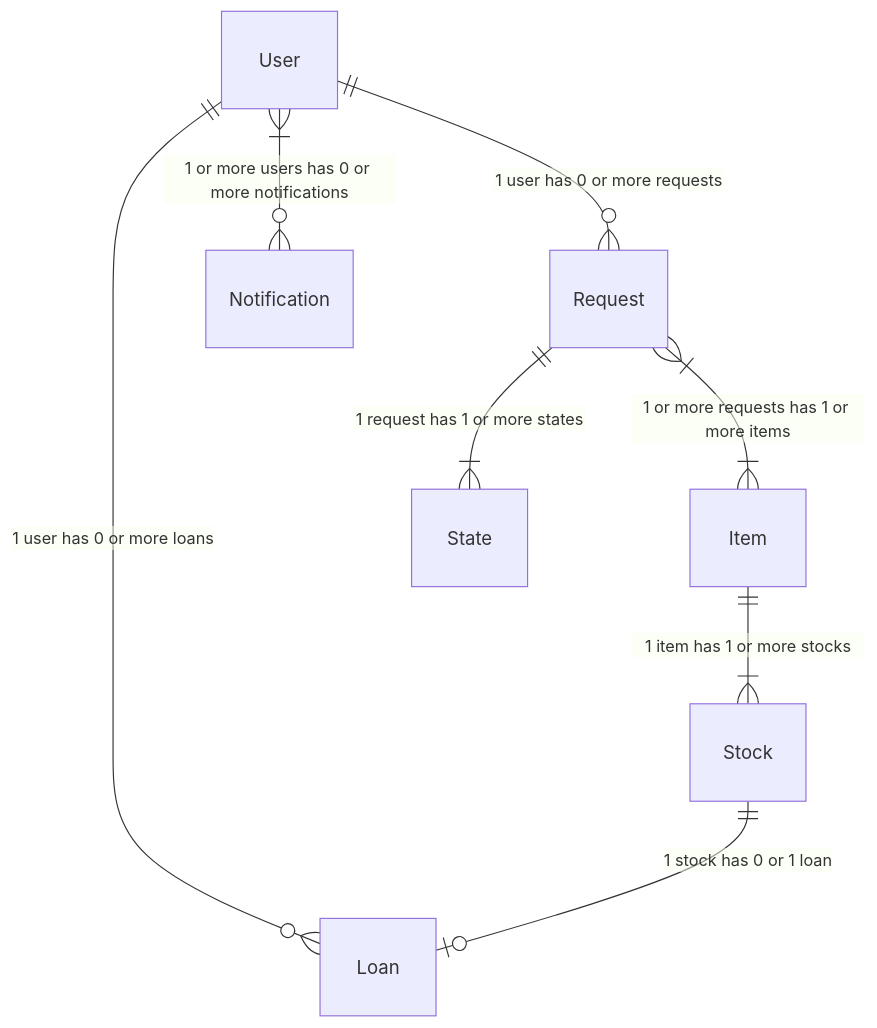
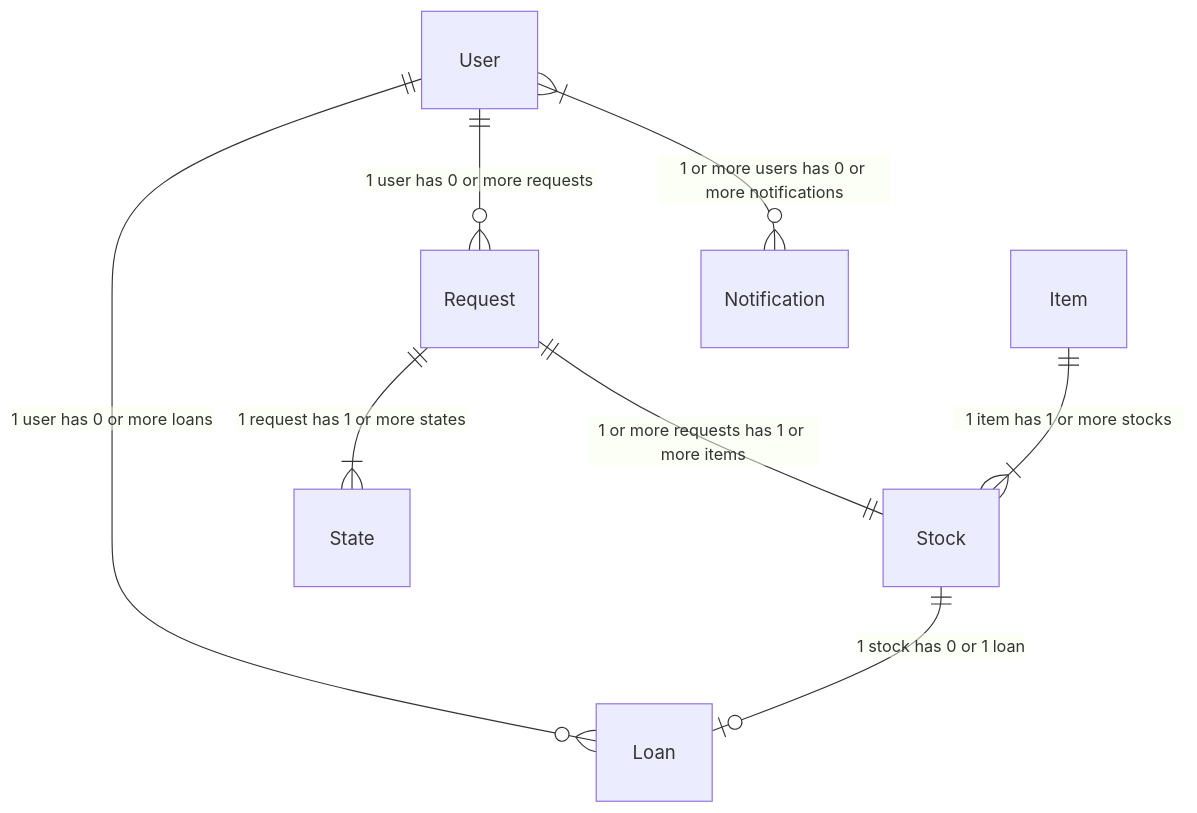
Before and after one commit to wheesnoza/item-loan-tracker: the first of 3 diagrams in .docs/entities.md, drawn with Mermaid. The commit also changed other lines of this file and 16 other files, not shown here.

Commit message:
Refact relations of request an item stock.

````diff
--- a/.docs/entities.md
+++ b/.docs/entities.md
@@ -21,12 +21,12 @@
 ```mermaid
 erDiagram
   User ||--o{ Loan : "1 user has 0 or more loans"
   User ||--o{ Request : "1 user has 0 or more requests"
   Stock ||--o| Loan : "1 stock has 0 or 1 loan"
   
-	Request }|--|{ Item : "1 or more requests has 1 or more items"
+	Request ||--|| Stock : "1 or more requests has 1 or more items"
 
   Item ||--|{ Stock : "1 item has 1 or more stocks"
   Request ||--|{ State : "1 request has 1 or more states"
   User }|--o{ Notification : "1 or more users has 0 or more notifications"
 ```
````
